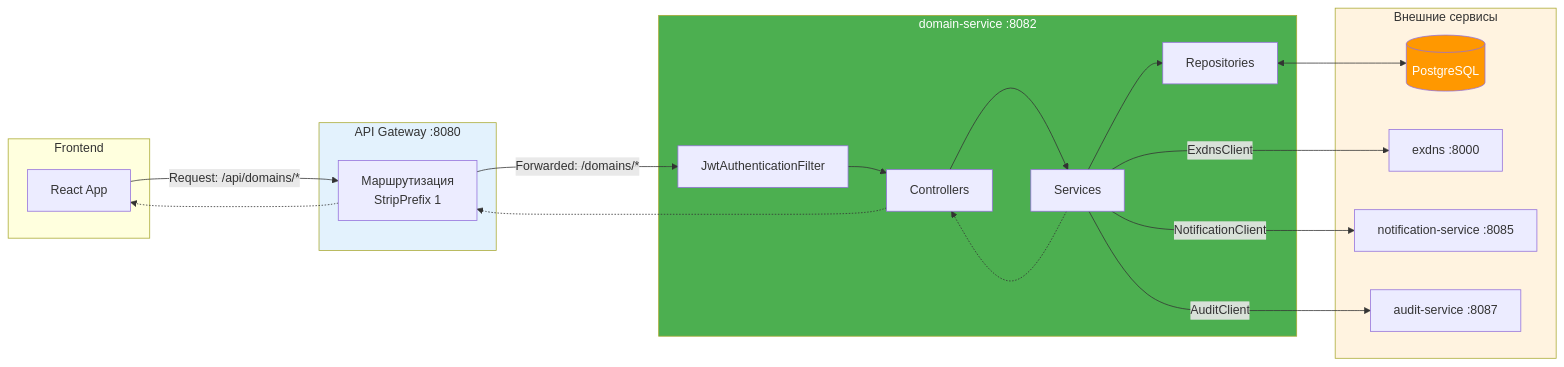
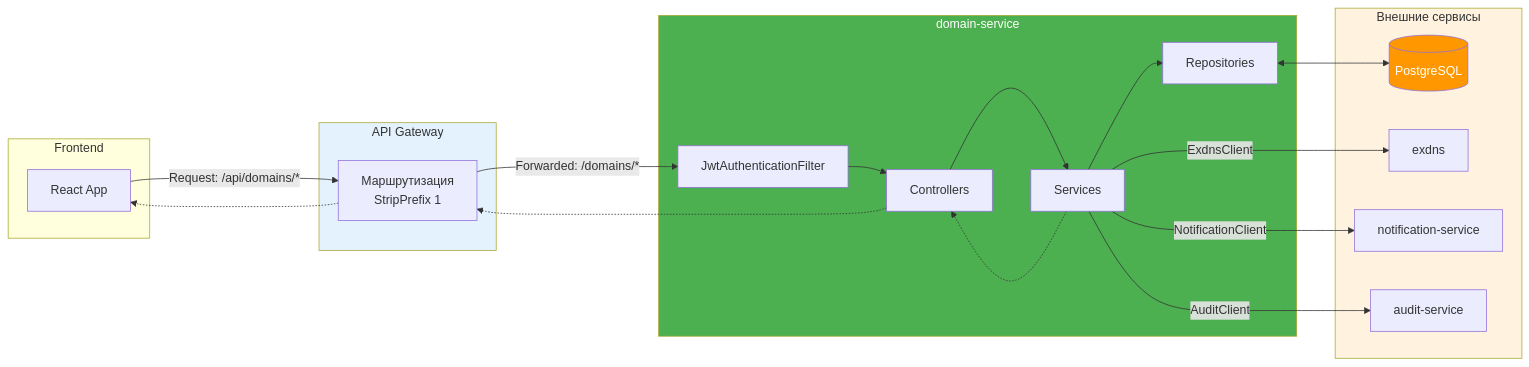
One commit to PawKorchagin/hrofos-domain-register changed the eighth of 11 diagrams in domain-service/README.md. Above: the diagram before and after it, drawn with Mermaid. The commit also changed other lines of this file and 7 other files, not shown here.

````diff
--- a/domain-service/README.md
+++ b/domain-service/README.md
@@ -433,44 +488,44 @@
 ```mermaid
 flowchart LR
-    subgraph Frontend["Frontend"]
+    subgraph FrontendLane["         Frontend"]
         Client[React App]
     end
 
-    subgraph Gateway["API Gateway :8080"]
+    subgraph GatewayLane["         API Gateway"]
         Router[Маршрутизация<br/>StripPrefix 1]
     end
 
-    subgraph Domain["domain-service :8082"]
+    subgraph DomainLane["         domain-service"]
         Filter[JwtAuthenticationFilter]
         Controllers[Controllers]
         Services[Services]
         Repositories[Repositories]
     end
 
-    subgraph External["Внешние сервисы"]
+    subgraph ExternalLane["         Внешние сервисы"]
         DB[(PostgreSQL)]
-        Exdns[exdns :8000]
-        Notif[notification-service :8085]
-        Audit[audit-service :8087]
+        Exdns[exdns]
+        Notif[notification-service]
+        Audit[audit-service]
     end
 
     Client -->|Request: /api/domains/*| Router
     Router -->|Forwarded: /domains/*| Filter
     Filter --> Controllers
     Controllers --> Services
     Services --> Repositories
     Repositories <--> DB
 
     Services -->|ExdnsClient| Exdns
     Services -->|NotificationClient| Notif
     Services -->|AuditClient| Audit
 
     Services -.-> Controllers
     Controllers -.-> Router
     Router -.-> Client
 
-    style Gateway fill:#e3f2fd
-    style Domain fill:#4caf50,color:#fff
+    style GatewayLane fill:#e3f2fd
+    style DomainLane fill:#4caf50,color:#fff
     style DB fill:#ff9800,color:#fff
-    style External fill:#fff3e0
+    style ExternalLane fill:#fff3e0
 ```
````
